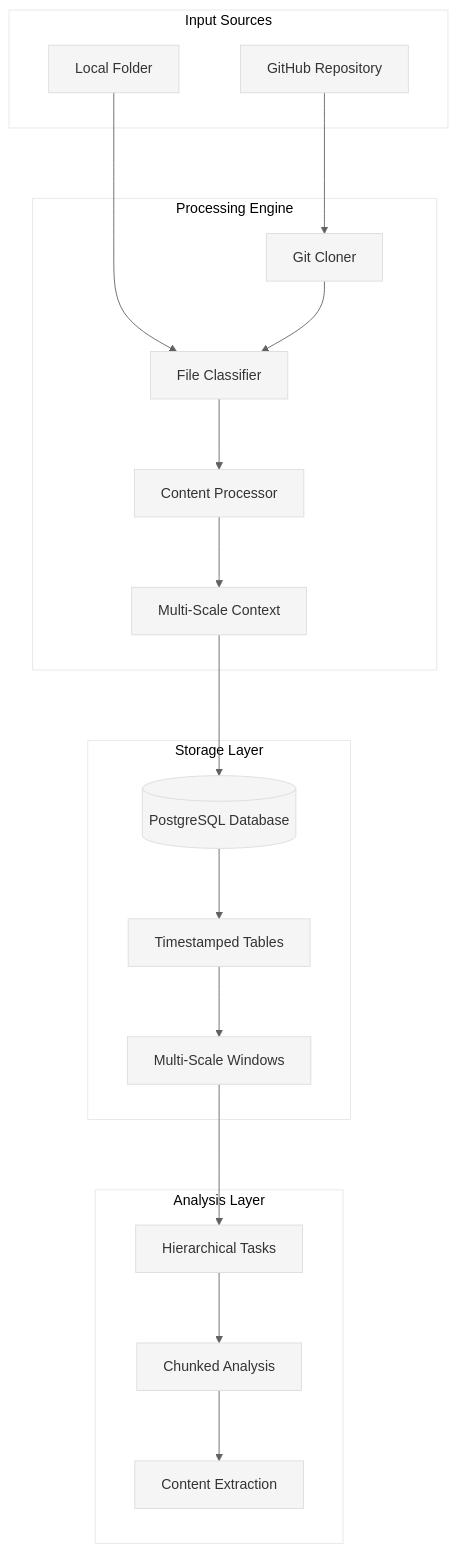
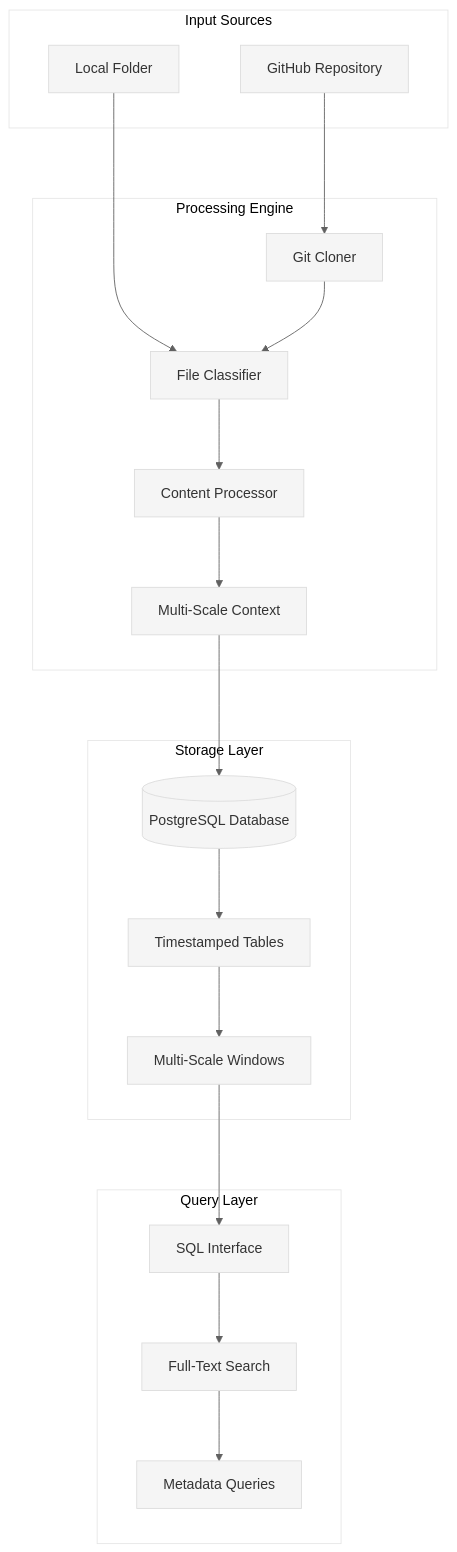
One commit to that-in-rust/pensieve-local-llm-server changed the first of 2 diagrams in READMELongForm20250929.md. Above: the diagram before and after it, drawn with Mermaid. The commit also changed other lines of this file and 3 other files, not shown here.

````diff
--- a/READMELongForm20250929.md
+++ b/READMELongForm20250929.md
@@ -15,57 +15,57 @@
 ```mermaid
 %%{init: {
   "theme": "base",
   "themeVariables": {
     "primaryColor": "#F5F5F5",
     "secondaryColor": "#E0E0E0",
     "lineColor": "#616161",
     "textColor": "#212121",
     "fontSize": "16px",
     "fontFamily": "Helvetica, Arial, sans-serif"
   },
   "flowchart": {
     "nodeSpacing": 70,
     "rankSpacing": 80,
     "wrappingWidth": 160,
     "curve": "basis"
   },
   "useMaxWidth": false
 }}%%
 
 flowchart TD
     subgraph "Input Sources"
         A[GitHub Repository]
         B[Local Folder]
     end
     
     subgraph "Processing Engine"
         C[Git Cloner]
         D[File Classifier]
         E[Content Processor]
         F[Multi-Scale Context]
     end
     
     subgraph "Storage Layer"
         G[(PostgreSQL Database)]
         H[Timestamped Tables]
         I[Multi-Scale Windows]
     end
     
-    subgraph "Analysis Layer"
-        J[Hierarchical Tasks]
-        K[Chunked Analysis]
-        L[Content Extraction]
+    subgraph "Query Layer"
+        J[SQL Interface]
+        K[Full-Text Search]
+        L[Metadata Queries]
     end
     
     A --> C
     B --> D
     C --> D
     D --> E
     E --> F
     F --> G
     G --> H
     H --> I
     I --> J
     J --> K
     K --> L
 ```
````
